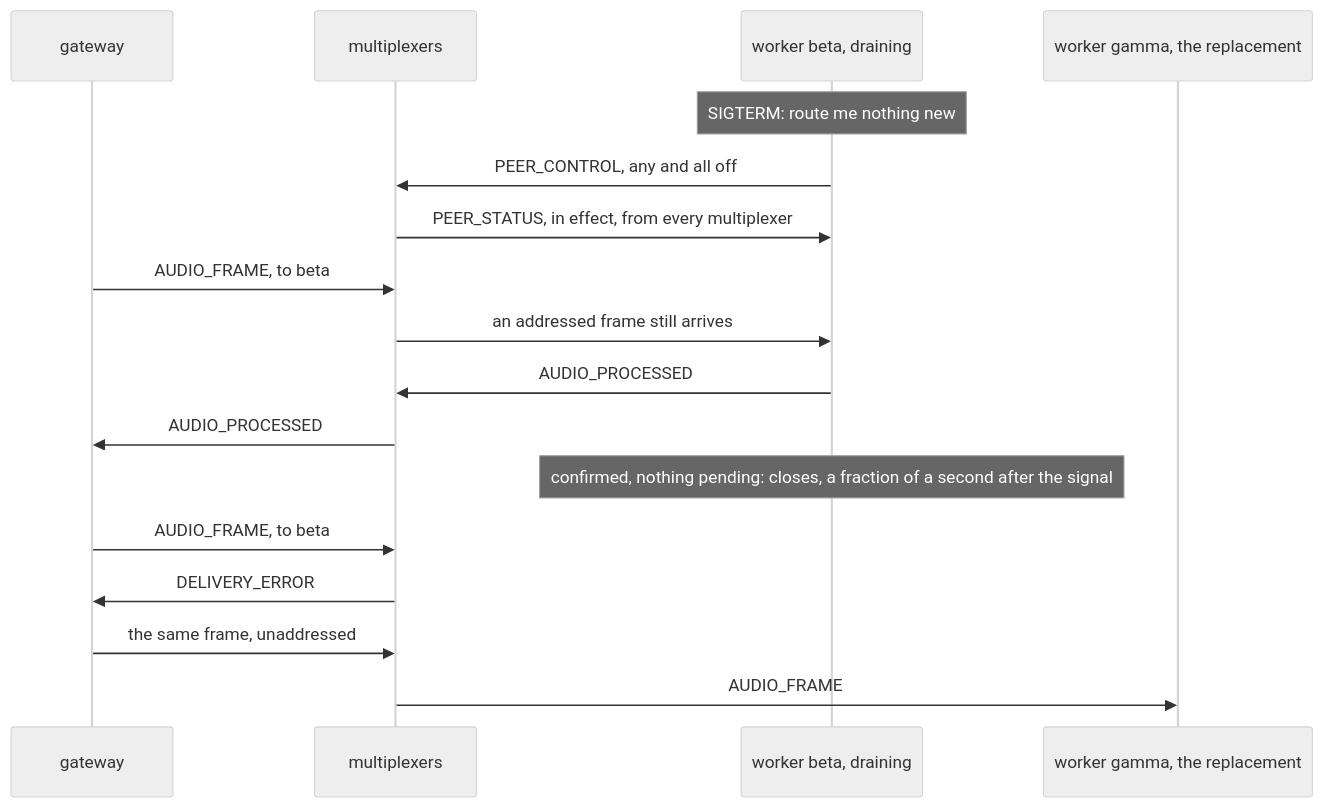
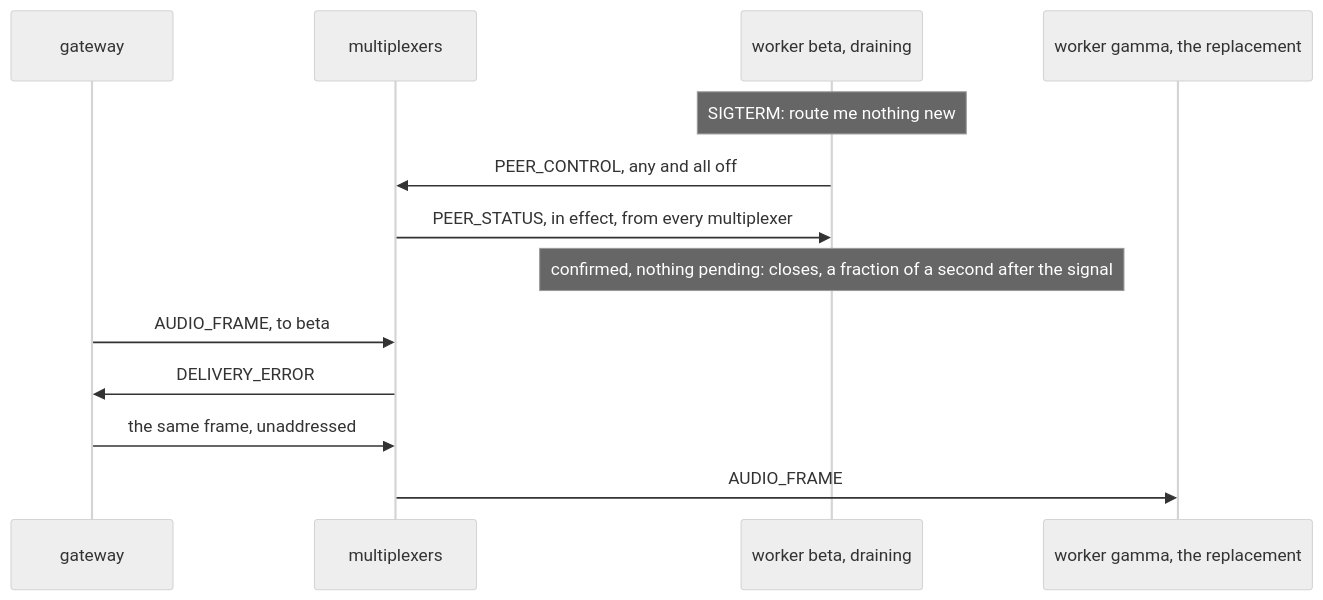
The third of 3 diagrams in examples/audio/walkthrough.md (kulewski/multiplexer), drawn with Mermaid (neutral theme) before and after one commit. The commit also changed other lines of this file and 46 other files, not shown here.

````diff
--- a/examples/audio/walkthrough.md
+++ b/examples/audio/walkthrough.md
@@ -1153,19 +1173,15 @@
 ```mermaid
 sequenceDiagram
     participant G as gateway
     participant M as multiplexers
     participant B as worker beta, draining
     participant C as worker gamma, the replacement
     Note over B: SIGTERM: route me nothing new
     B->>M: PEER_CONTROL, any and all off
     M->>B: PEER_STATUS, in effect, from every multiplexer
-    G->>M: AUDIO_FRAME, to beta
-    M->>B: an addressed frame still arrives
-    B->>M: AUDIO_PROCESSED
-    M->>G: AUDIO_PROCESSED
     Note over B: confirmed, nothing pending: closes, a fraction of a second after the signal
     G->>M: AUDIO_FRAME, to beta
     M->>G: DELIVERY_ERROR
     G->>M: the same frame, unaddressed
     M->>C: AUDIO_FRAME
 ```
````
